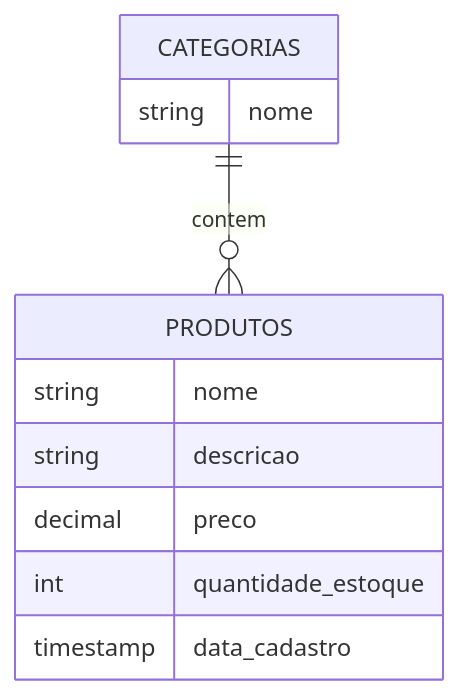
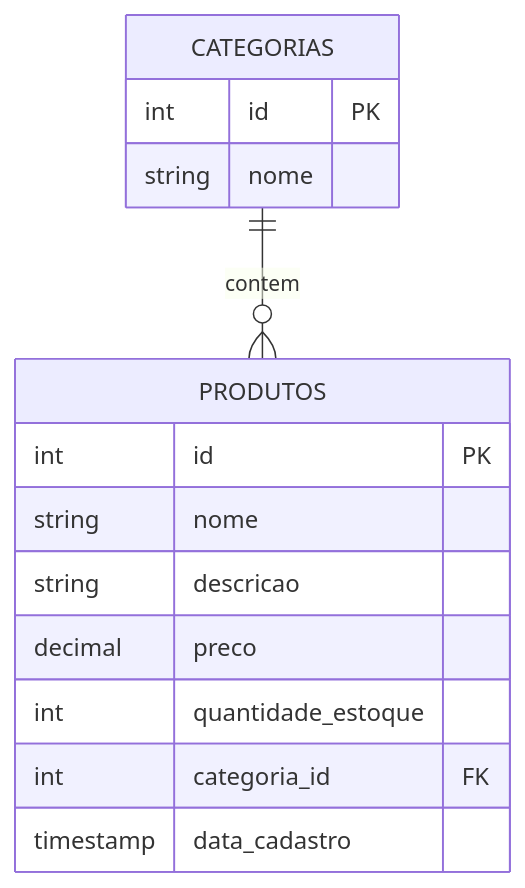
One commit to vivianseixas-dev/products_db changed the diagram in README.md. Above: the diagram before and after it, drawn with Mermaid.

````diff
--- a/README.md
+++ b/README.md
@@ -3,14 +3,17 @@
 ```mermaid
 erDiagram
     CATEGORIAS {
+        int id PK
         string nome
     }
     PRODUTOS {
+        int id PK
         string nome
         string descricao
         decimal preco
         int quantidade_estoque
+        int categoria_id FK
         timestamp data_cadastro
     }
     CATEGORIAS ||--o{ PRODUTOS : "contem"
 ```
````
